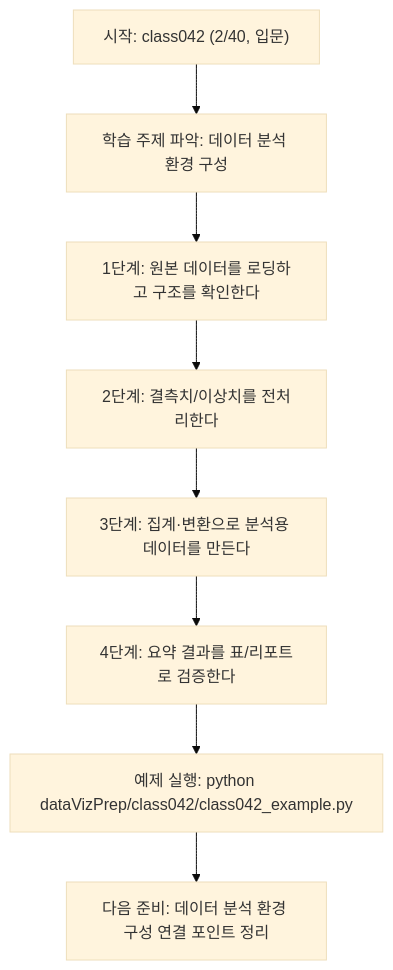
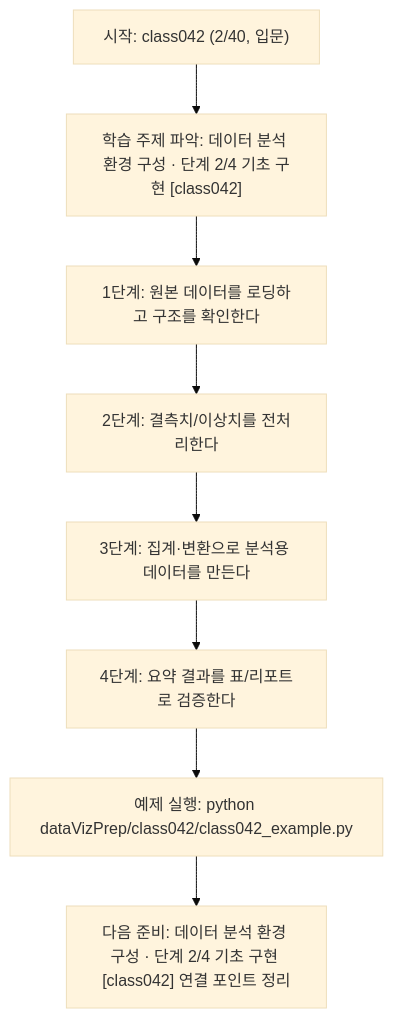
The diagram in dataVizPrep/class042/class042.md (edumgt/Python-AI_Agent-Class), drawn with Mermaid (base theme) before and after one commit. The commit also changed other lines of this file and 522 other files, not shown here.

````diff
--- a/dataVizPrep/class042/class042.md
+++ b/dataVizPrep/class042/class042.md
@@ -111,18 +112,18 @@
 ```mermaid
 flowchart TD
 N1["시작: class042 (2/40, 입문)"]
-N2["학습 주제 파악: 데이터 분석 환경 구성"]
+N2["학습 주제 파악: 데이터 분석 환경 구성 · 단계 2/4 기초 구현 [class042]"]
 N3["1단계: 원본 데이터를 로딩하고 구조를 확인한다"]
 N4["2단계: 결측치/이상치를 전처리한다"]
 N5["3단계: 집계·변환으로 분석용 데이터를 만든다"]
 N6["4단계: 요약 결과를 표/리포트로 검증한다"]
 N7["예제 실행: python dataVizPrep/class042/class042_example.py"]
-N8["다음 준비: 데이터 분석 환경 구성 연결 포인트 정리"]
+N8["다음 준비: 데이터 분석 환경 구성 · 단계 2/4 기초 구현 [class042] 연결 포인트 정리"]
 N1 --> N2
 N2 --> N3
 N3 --> N4
 N4 --> N5
 N5 --> N6
 N6 --> N7
 N7 --> N8
 ```
````
